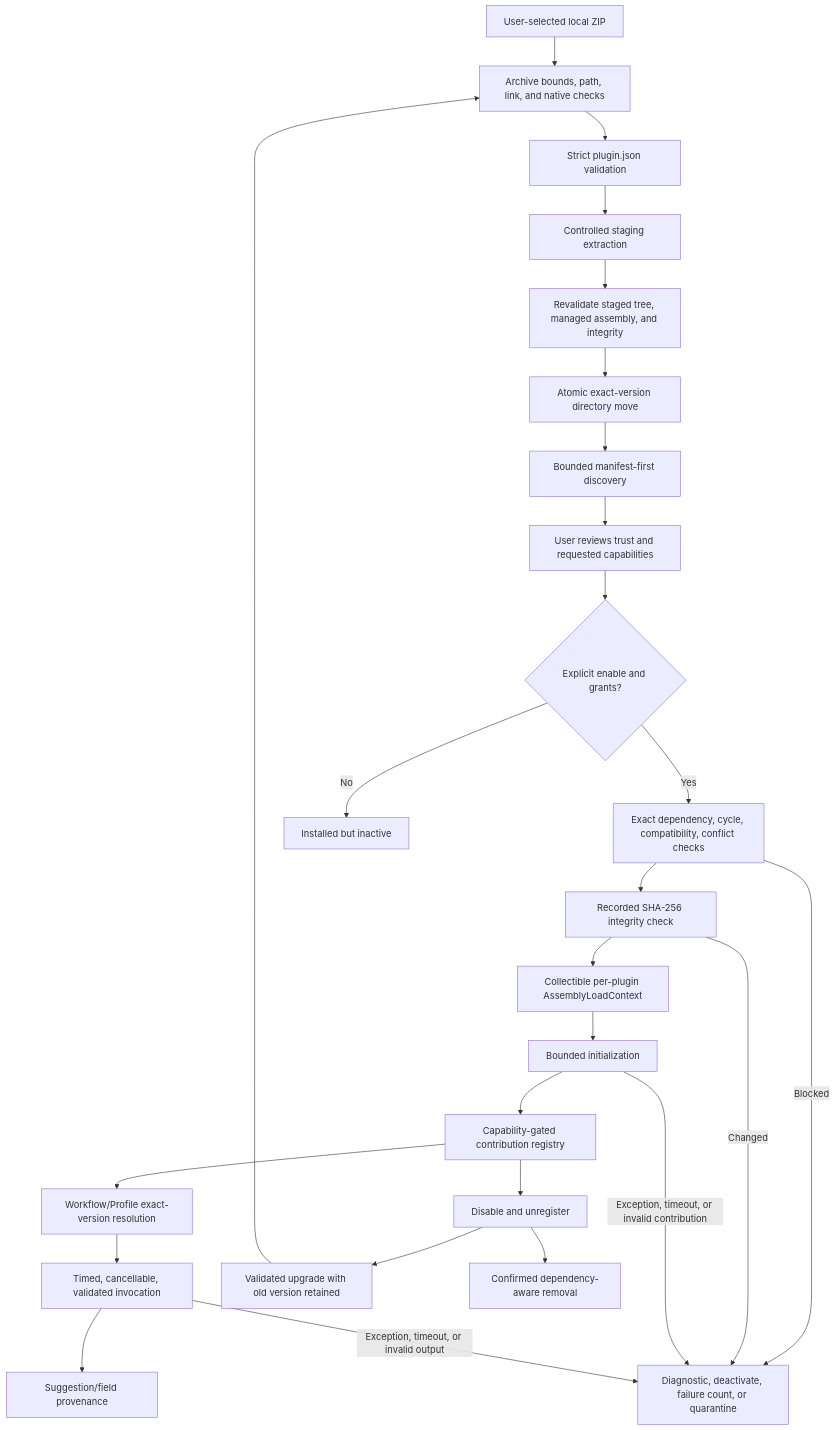
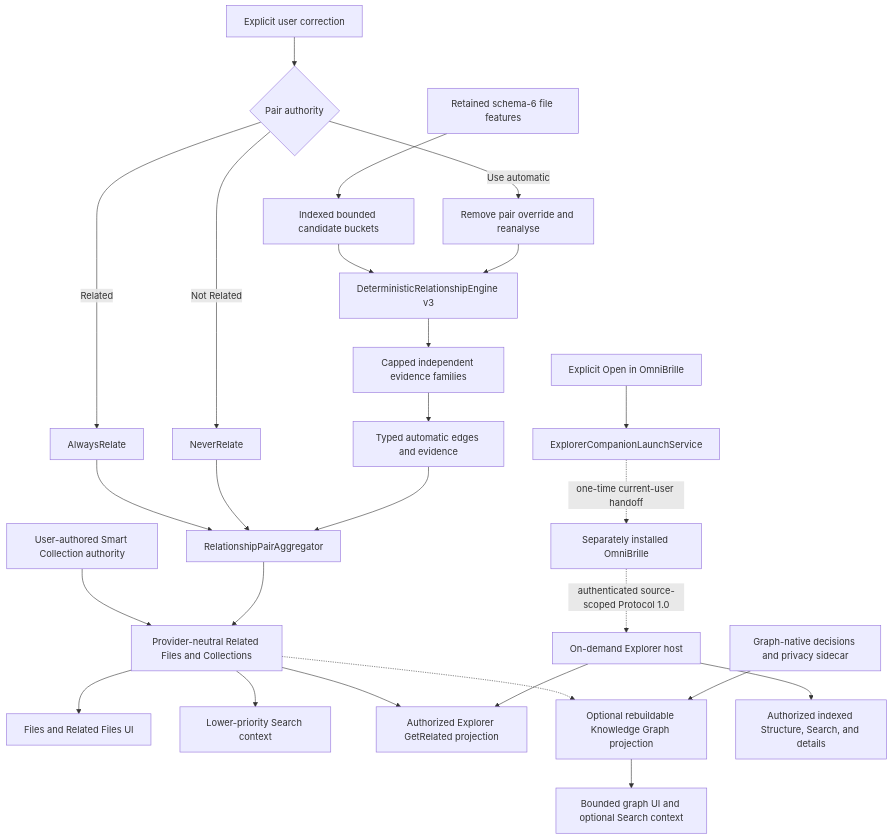
Before and after one commit to nishdel/OmniSorSe: the fifth of 5 diagrams in docs/Architecture/OpenSorSe_System_Map.md, drawn with Mermaid. The commit also changed other lines of this file and 42 other files, not shown here.

Commit message:
Establish OmniSorSe engineering and validation system

````diff
--- a/docs/Architecture/OpenSorSe_System_Map.md
+++ b/docs/Architecture/OpenSorSe_System_Map.md
@@ -358,38 +473,32 @@
 ```mermaid
 flowchart TB
-    Zip["User-selected local ZIP"]
-    Archive["Archive bounds, path, link, and native checks"]
-    Manifest["Strict plugin.json validation"]
-    Stage["Controlled staging extraction"]
-    Recheck["Revalidate staged tree, managed assembly, and integrity"]
-    Install["Atomic exact-version directory move"]
-    Discover["Bounded manifest-first discovery"]
-    Review["User reviews trust and requested capabilities"]
-    Enable{"Explicit enable and grants?"}
-    Dependencies["Exact dependency, cycle, compatibility, conflict checks"]
-    Integrity["Recorded SHA-256 integrity check"]
-    Alc["Collectible per-plugin AssemblyLoadContext"]
-    Init["Bounded initialization"]
-    Registry["Capability-gated contribution registry"]
-    Resolve["Workflow/Profile exact-version resolution"]
-    Invoke["Timed, cancellable, validated invocation"]
-    Provenance["Suggestion/field provenance"]
-    Failure["Diagnostic, deactivate, failure count, or quarantine"]
-    Disable["Disable and unregister"]
-    Upgrade["Validated upgrade with old version retained"]
-    Remove["Confirmed dependency-aware removal"]
+    Retained["Retained schema-6 file features"] --> Buckets["Indexed bounded candidate buckets"]
+    Buckets --> Engine["DeterministicRelationshipEngine v3"]
+    Engine --> Evidence["Capped independent evidence families"]
+    Evidence --> Edges["Typed automatic edges and evidence"]
 
-    Zip --> Archive --> Manifest --> Stage --> Recheck --> Install --> Discover
-    Discover --> Review --> Enable
-    Enable -- No --> Disabled["Installed but inactive"]
-    Enable -- Yes --> Dependencies --> Integrity --> Alc --> Init --> Registry
-    Registry --> Resolve --> Invoke --> Provenance
-    Dependencies -- Blocked --> Failure
-    Integrity -- Changed --> Failure
-    Init -- Exception, timeout, or invalid contribution --> Failure
-    Invoke -- Exception, timeout, or invalid output --> Failure
-    Registry --> Disable
-    Disable --> Upgrade
-    Disable --> Remove
-    Upgrade --> Archive
+    User["Explicit user correction"] --> Pair{"Pair authority"}
+    Pair -->|Related| Always["AlwaysRelate"]
+    Pair -->|Not Related| Never["NeverRelate"]
+    Pair -->|Use automatic| Remove["Remove pair override and reanalyse"]
+    Always --> Aggregate["RelationshipPairAggregator"]
+    Never --> Aggregate
+    Remove --> Engine
+    Edges --> Aggregate
+
+    Collections["User-authored Smart Collection authority"] --> Related["Provider-neutral Related Files and Collections"]
+    Aggregate --> Related
+    Related --> FilesUI["Files and Related Files UI"]
+    Related --> Search["Lower-priority Search context"]
+    Related --> Explorer["Authorized Explorer GetRelated projection"]
+
+    Related -.-> Graph["Optional rebuildable Knowledge Graph projection"]
+    GraphDecisions["Graph-native decisions and privacy sidecar"] --> Graph
+    Graph --> GraphUI["Bounded graph UI and optional Search context"]
+
+    Owner["Explicit Open in OmniBrille"] --> Launch["ExplorerCompanionLaunchService"]
+    Launch -.->|one-time current-user handoff| Companion["Separately installed OmniBrille"]
+    Companion -.->|authenticated source-scoped Protocol 1.0| Host["On-demand Explorer host"]
+    Host --> Explorer
+    Host --> Structure["Authorized indexed Structure, Search, and details"]
 ```
````
